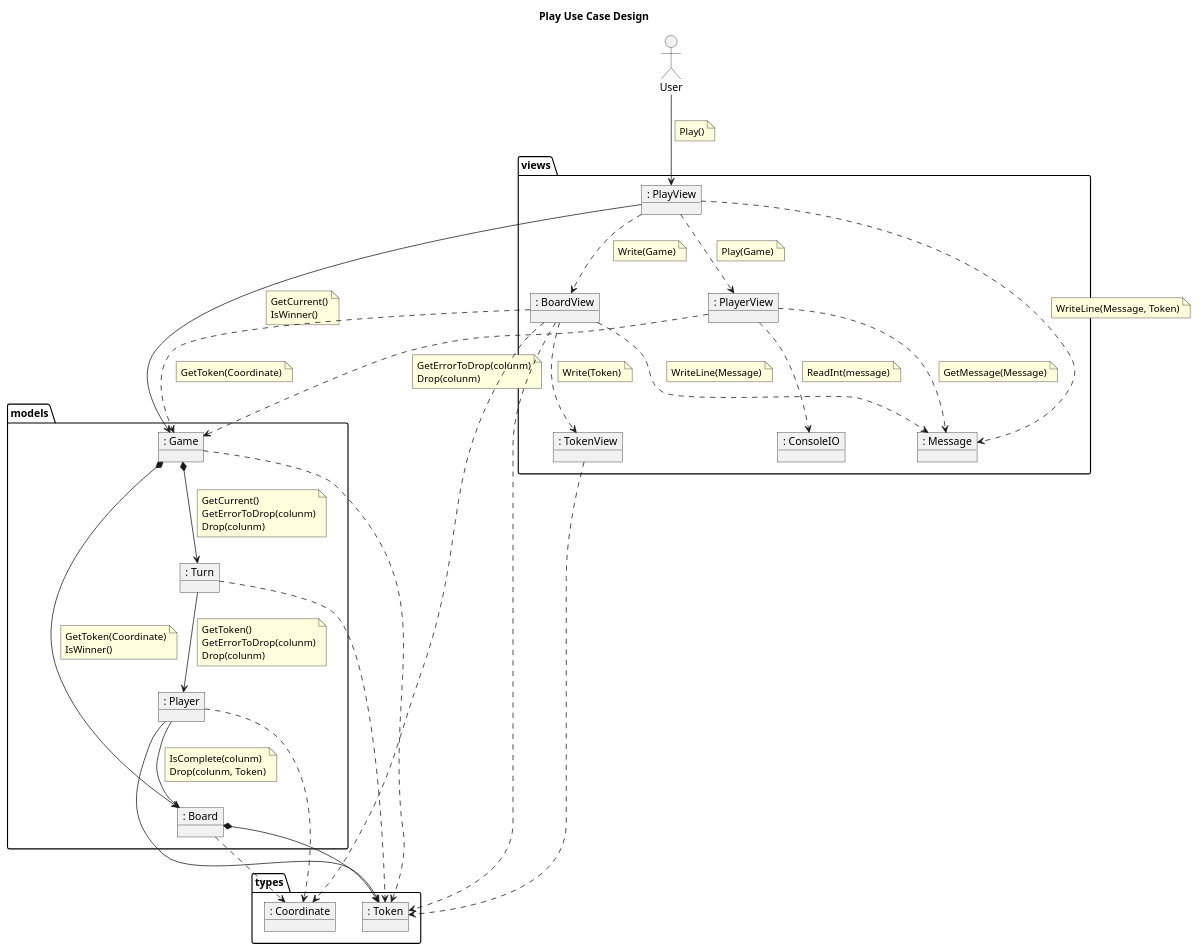
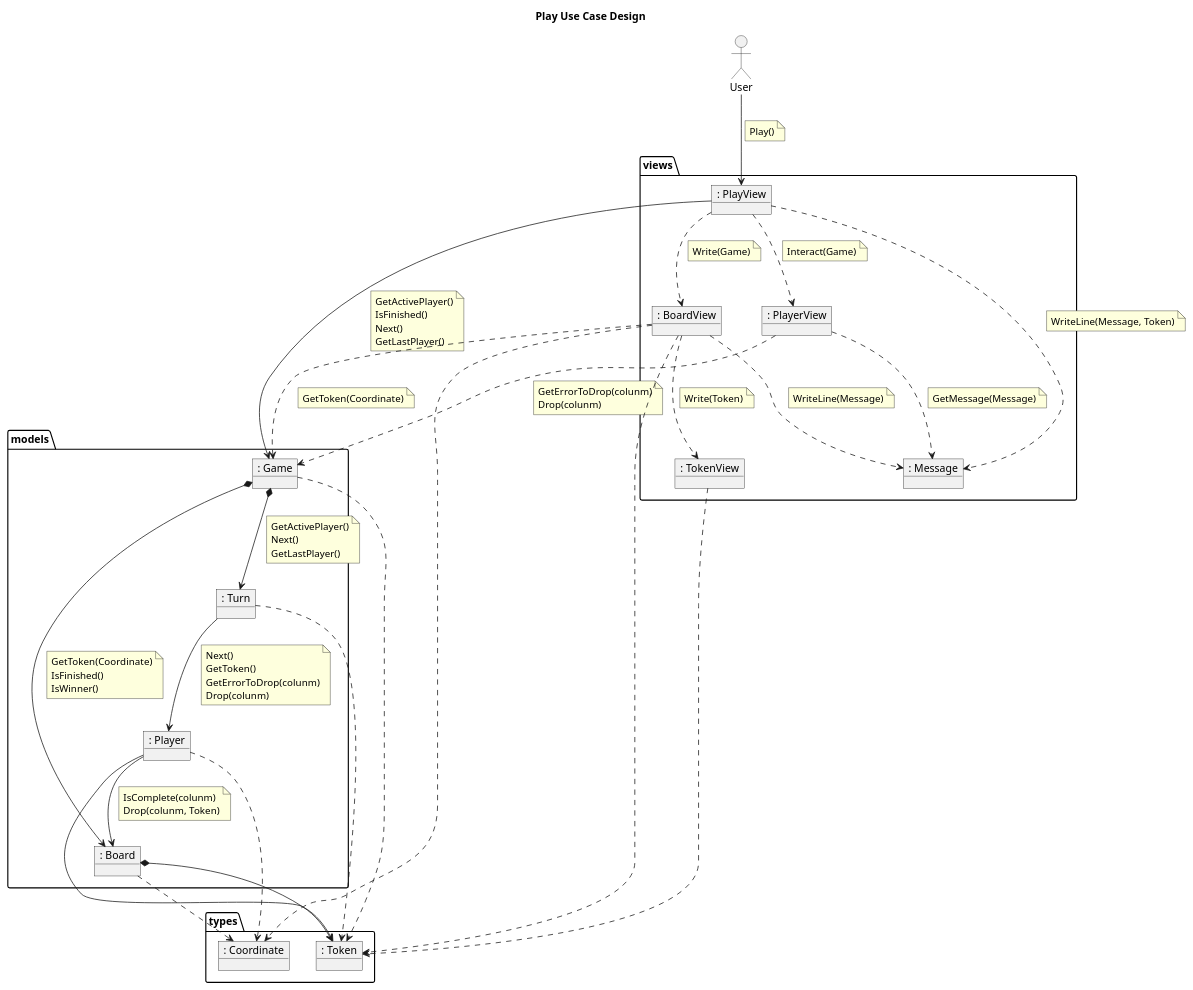
The second of 3 diagrams in src/Connect4/DocumentView/Basic/Docs/UseCasesDesign.plantuml (franpaulinoinfante/MasterSoftwareDevelopment), drawn with PlantUML before and after one commit. The commit also changed other lines of this file and 99 other files, not shown here.

```diff
--- a/src/Connect4/DocumentView/Basic/Docs/UseCasesDesign.plantuml
+++ b/src/Connect4/DocumentView/Basic/Docs/UseCasesDesign.plantuml
@@ -95,127 +112,124 @@
 @startuml PlaytUseCasesDesign
 title Play Use Case Design
 allow_mixing
 actor User
 
 package models{
     object ": Board" as Board{
     }
 
     object ": Game" as Game{
     }
 
     object ": Turn" as Turn{
     }
 
     object ": Player" as Player{
     }
 }
 
 package types{
     object ": Coordinate" as Coordinate{
     }
 
     object ": Token" as Token{
     }
 }
 
 package views {
     object ": BoardView" as BoardView{
     }
 
     object ": PlayView" as PlayView{
     }
 
     object ": PlayerView" as PlayerView{
     }
 
     object ": TokenView" as TokenView{
     }
     
     object ": Message" as Message{
     }    
-
-    object ": ConsoleIO" as ConsoleIO{
-    }  
 }
 
 User --> PlayView
     note on link
         Play()
     endnote
 PlayView --> Game
     note on link
-        GetCurrent()
-        IsWinner()
+        GetActivePlayer()
+        IsFinished()
+        Next()
+        GetLastPlayer()
     endnote
     Game *--> Turn
         note on link
-            GetCurrent()
-            GetErrorToDrop(colunm)
-            Drop(colunm)
+            GetActivePlayer()
+            Next()
+            GetLastPlayer()
         endnote
     Turn --> Player
         note on link
+            Next()
             GetToken()
             GetErrorToDrop(colunm)
             Drop(colunm)
         endnote
         Player --> Board
         note on link
             IsComplete(colunm)
             Drop(colunm, Token)
         endnote
 PlayView ..> Message
     note on link
         WriteLine(Message, Token)
     endnote
 PlayView ..> PlayerView
     note on link
-        Play(Game)
+        Interact(Game)
     endnote
     PlayerView ..> Message
         note on link
             GetMessage(Message)
         endnote    
-    PlayerView ..> ConsoleIO
-        note on link
-            ReadInt(message)
-        endnote 
     PlayerView ..> Game
         note on link
             GetErrorToDrop(colunm)
             Drop(colunm)
         endnote 
 PlayView ..> BoardView
     note on link
         Write(Game)
     endnote
     BoardView ..> Message
         note on link
             WriteLine(Message)
         endnote
     BoardView ..> TokenView
         note on link
             Write(Token)
         endnote
     BoardView ..> Game
         note on link                    
             GetToken(Coordinate)
         endnote
     Game *--> Board
         note on link
             GetToken(Coordinate)
+            IsFinished()
             IsWinner()
         endnote
 
 TokenView ..> Token
 BoardView ..> Coordinate
 BoardView ..> Token
 
 Game ..> Token
 Turn ..> Token
 Player --> Token
 Player ..> Coordinate
 Board *--> Token
 Board ..> Coordinate
 @enduml
```
